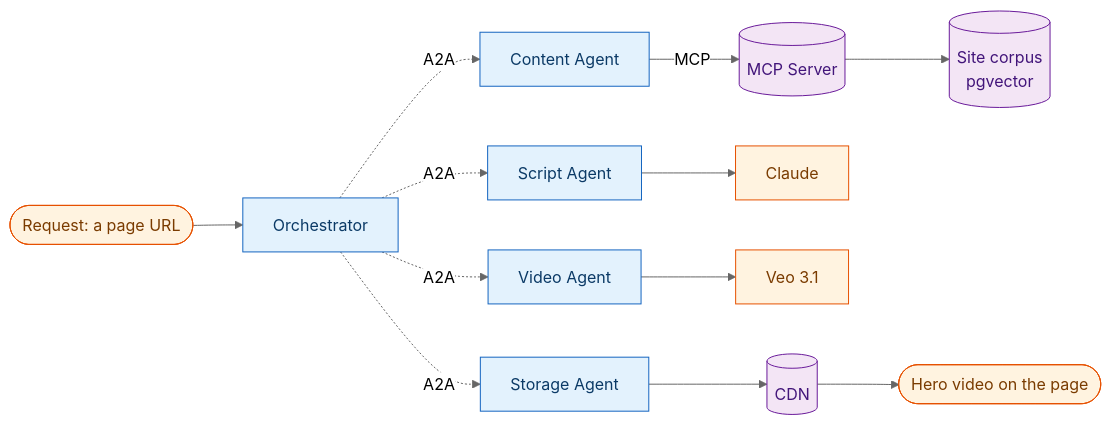
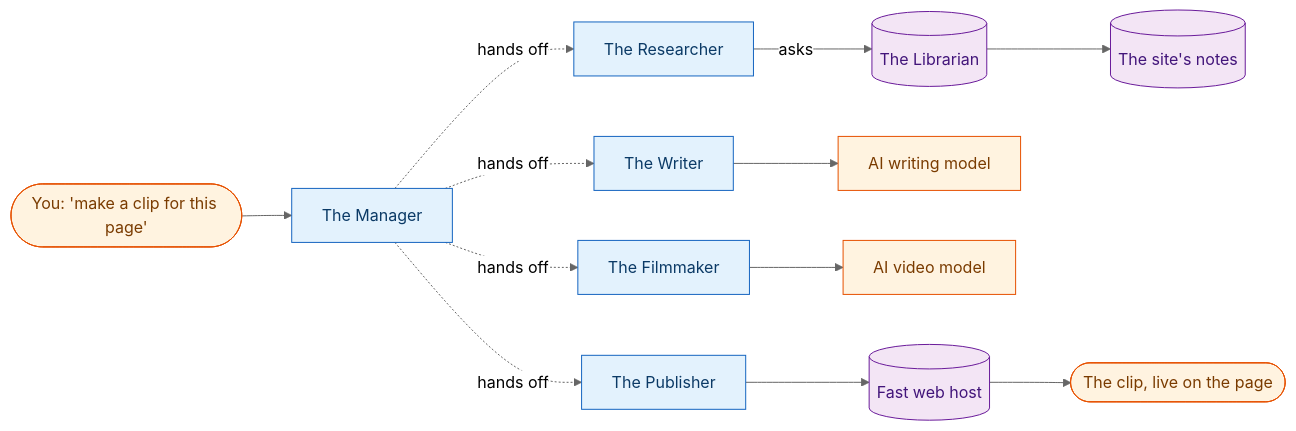
Before and after one commit to sfrancis2017/sajivfrancis.github.io: the first of 2 diagrams in src/content/blog/2026-06-15-ai-agent-video-pipeline.mdx, drawn with Mermaid (neutral theme). The commit also changed other lines of this file and 1 other file, not shown here.

First line of the commit message:
draft: rewrite write-up in plain English + add video support to Figure

````diff
--- a/src/content/blog/2026-06-15-ai-agent-video-pipeline.mdx
+++ b/src/content/blog/2026-06-15-ai-agent-video-pipeline.mdx
@@ -38,14 +40,14 @@
 ```mermaid
 flowchart LR
     classDef agent fill:#e3f2fd,stroke:#1565c0,color:#0b3a66
     classDef ext fill:#fff3e0,stroke:#e65100,color:#7a3b00
     classDef store fill:#f3e5f5,stroke:#6a1b9a,color:#42157a
 
-    U([Request: a page URL]):::ext --> O[Orchestrator]:::agent
-    O -. A2A .-> C[Content Agent]:::agent
-    C -- MCP --> M[(MCP Server)]:::store --> PG[(Site corpus<br/>pgvector)]:::store
-    O -. A2A .-> S[Script Agent]:::agent --> CL[Claude]:::ext
-    O -. A2A .-> V[Video Agent]:::agent --> VEO[Veo 3.1]:::ext
-    O -. A2A .-> ST[Storage Agent]:::agent --> CDN[(CDN)]:::store
-    CDN --> SITE([Hero video on the page]):::ext
+    U([You: 'make a clip for this page']):::ext --> O[The Manager]:::agent
+    O -. hands off .-> C[The Researcher]:::agent
+    C -- asks --> M[(The Librarian)]:::store --> PG[(The site's notes)]:::store
+    O -. hands off .-> S[The Writer]:::agent --> CL[AI writing model]:::ext
+    O -. hands off .-> V[The Filmmaker]:::agent --> VEO[AI video model]:::ext
+    O -. hands off .-> ST[The Publisher]:::agent --> CDN[(Fast web host)]:::store
+    CDN --> SITE([The clip, live on the page]):::ext
 ```
````
